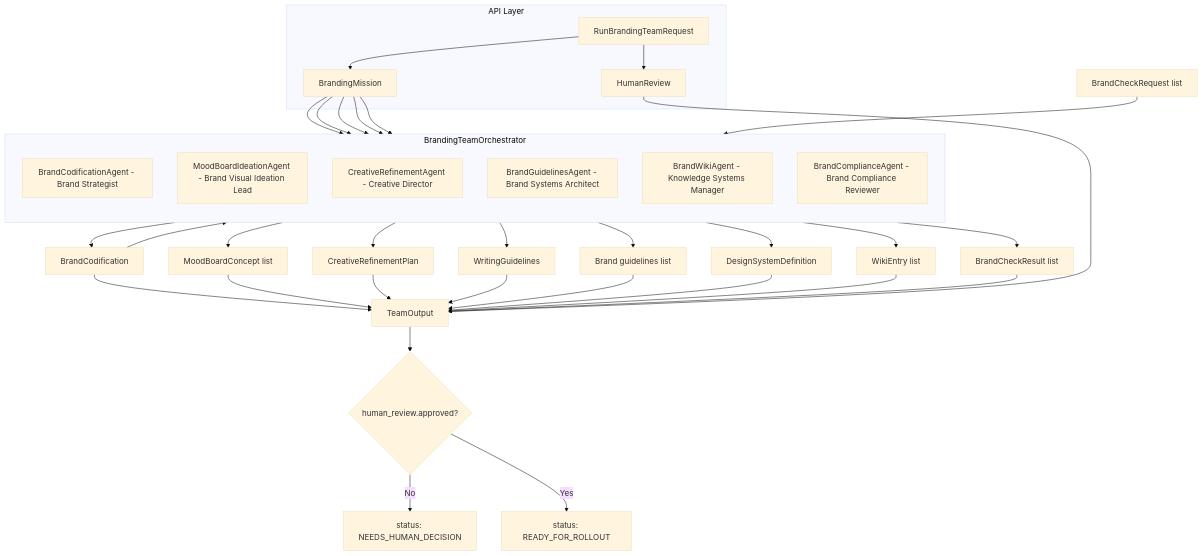
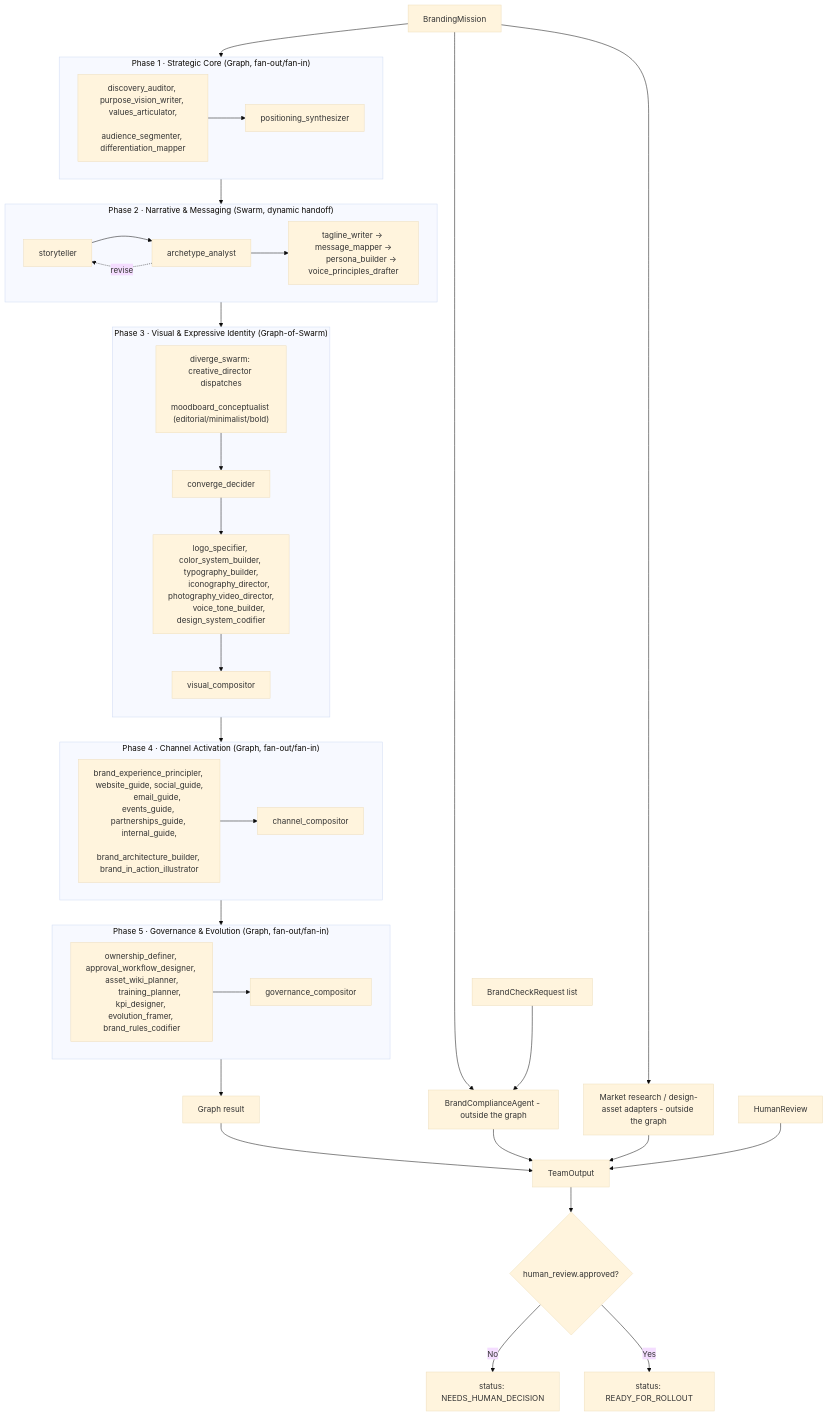
The first of 4 diagrams in backend/agents/branding_team/README.md (brandonkindred/Khala-Agentic-AI-Teams), drawn with Mermaid (base theme) before and after one commit. The commit also changed other lines of this file, not shown here.

Commit message:
Rewrite branding_team README "Agent setup and flow" section
Replace the stale flat six-agent description and diagram with an
accurate account of the current 5-phase Strands Graph/Swarm pipeline:
orchestrator.run() building build_branding_graph() as one sequential
top-level Graph over phase1-5 sub-graphs/swarms, each phase's actual
topology (fan-out/fan-in for 1/4/5, dynamic-handoff Swarm for 2, the
nested graph-of-swarm for 3), and compliance/integrations running
outside the graph.

````diff
--- a/backend/agents/branding_team/README.md
+++ b/backend/agents/branding_team/README.md
@@ -39,48 +41,64 @@
 ```mermaid
 flowchart TB
-    subgraph api [API Layer]
-        RunRequest[RunBrandingTeamRequest]
-        RunRequest --> Mission[BrandingMission]
-        RunRequest --> HumanReview[HumanReview]
+    Mission[BrandingMission] --> P1
+
+    subgraph P1 ["Phase 1 · Strategic Core (Graph, fan-out/fan-in)"]
+        direction LR
+        P1nodes["discovery_auditor, purpose_vision_writer, values_articulator,
+        audience_segmenter, differentiation_mapper"] --> P1join[positioning_synthesizer]
     end
 
-    subgraph orch [BrandingTeamOrchestrator]
-        direction TB
-        Codifier[BrandCodificationAgent - Brand Strategist]
-        Moodboard[MoodBoardIdeationAgent - Brand Visual Ideation Lead]
-        Refinement[CreativeRefinementAgent - Creative Director]
-        Guidelines[BrandGuidelinesAgent - Brand Systems Architect]
-        Wiki[BrandWikiAgent - Knowledge Systems Manager]
-        Compliance[BrandComplianceAgent - Brand Compliance Reviewer]
+    P1 --> P2
+
+    subgraph P2 ["Phase 2 · Narrative & Messaging (Swarm, dynamic handoff)"]
+        direction LR
+        P2a[storyteller] --> P2b[archetype_analyst]
+        P2b -. revise .-> P2a
+        P2b --> P2rest["tagline_writer → message_mapper →
+        persona_builder → voice_principles_drafter"]
     end
 
-    Mission --> Codifier
-    Codifier --> Codification[BrandCodification]
-    Mission --> Moodboard
-    Moodboard --> MoodBoards[MoodBoardConcept list]
-    Refinement --> RefinementPlan[CreativeRefinementPlan]
-    Mission --> Guidelines
-    Codification --> Guidelines
-    Guidelines --> WritingGuide[WritingGuidelines]
-    Guidelines --> BrandGuide[Brand guidelines list]
-    Guidelines --> DesignSystem[DesignSystemDefinition]
-    Mission --> Wiki
-    Wiki --> WikiBacklog[WikiEntry list]
-    Mission --> Compliance
+    P2 --> P3
+
+    subgraph P3 ["Phase 3 · Visual & Expressive Identity (Graph-of-Swarm)"]
+        direction TB
+        P3swarm["diverge_swarm: creative_director dispatches
+        moodboard_conceptualist (editorial/minimalist/bold)"] --> P3conv[converge_decider]
+        P3conv --> P3fan["logo_specifier, color_system_builder, typography_builder,
+        iconography_director, photography_video_director,
+        voice_tone_builder, design_system_codifier"]
+        P3fan --> P3comp[visual_compositor]
+    end
+
+    P3 --> P4
+
+    subgraph P4 ["Phase 4 · Channel Activation (Graph, fan-out/fan-in)"]
+        direction LR
+        P4nodes["brand_experience_principler, website_guide, social_guide,
+        email_guide, events_guide, partnerships_guide, internal_guide,
+        brand_architecture_builder, brand_in_action_illustrator"] --> P4join[channel_compositor]
+    end
+
+    P4 --> P5
+
+    subgraph P5 ["Phase 5 · Governance & Evolution (Graph, fan-out/fan-in)"]
+        direction LR
+        P5nodes["ownership_definer, approval_workflow_designer, asset_wiki_planner,
+        training_planner, kpi_designer, evolution_framer, brand_rules_codifier"] --> P5join[governance_compositor]
+    end
+
+    P5 --> GraphResult[Graph result]
+
+    Mission --> Compliance[BrandComplianceAgent - outside the graph]
     BrandChecks[BrandCheckRequest list] --> Compliance
-    Compliance --> BrandCheckResults[BrandCheckResult list]
+    Mission --> Integrations[Market research / design-asset adapters - outside the graph]
 
-    Codification --> TeamOutput[TeamOutput]
-    MoodBoards --> TeamOutput
-    RefinementPlan --> TeamOutput
-    WritingGuide --> TeamOutput
-    BrandGuide --> TeamOutput
-    DesignSystem --> TeamOutput
-    WikiBacklog --> TeamOutput
-    BrandCheckResults --> TeamOutput
-    HumanReview --> TeamOutput
+    GraphResult --> TeamOutput[TeamOutput]
+    Compliance --> TeamOutput
+    Integrations --> TeamOutput
+    HumanReview[HumanReview] --> TeamOutput
 
     TeamOutput --> Status{human_review.approved?}
     Status -->|No| NeedsHuman[status: NEEDS_HUMAN_DECISION]
     Status -->|Yes| Ready[status: READY_FOR_ROLLOUT]
 ```
````
